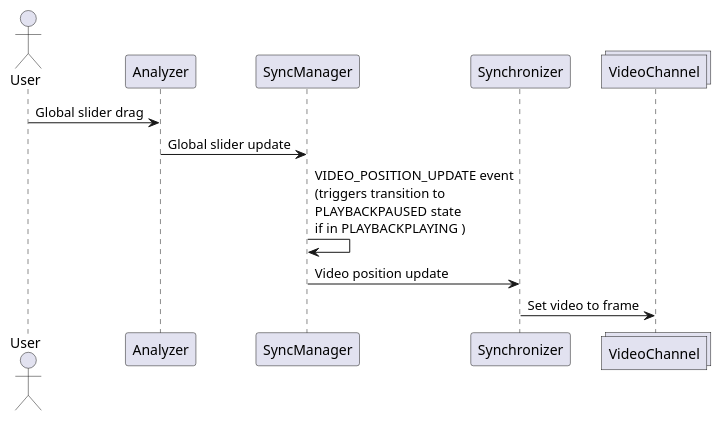
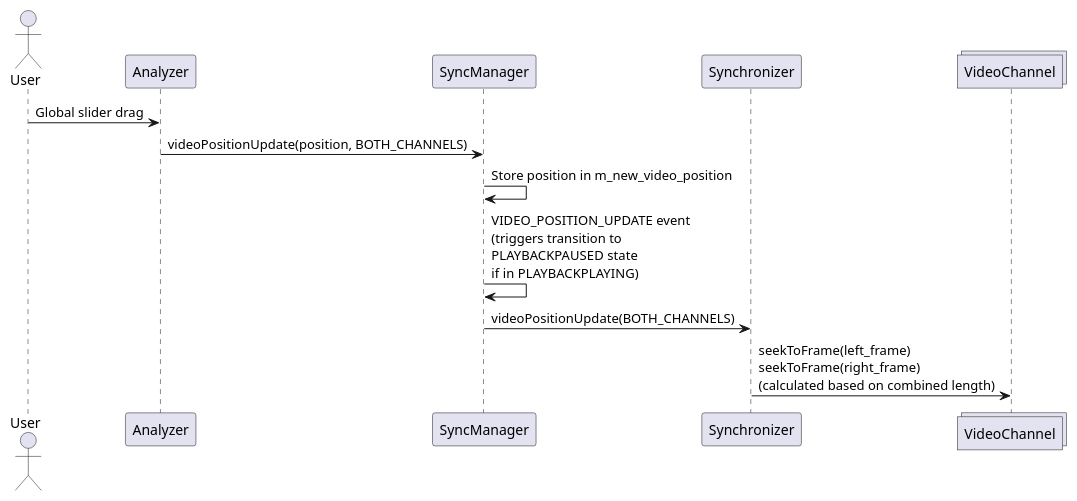
One commit to timwalsh41/SwingAnalyzer changed the third of 17 diagrams in design/Scroll bar synchronization.md. Above: the diagram before and after it, drawn with PlantUML. The commit also changed other lines of this file and 5 other files, not shown here.

Commit message:
Revised frame update markdown to reflect recent VideoChannel refactor

````diff
--- a/design/Scroll bar synchronization.md
+++ b/design/Scroll bar synchronization.md
@@ -48,17 +52,18 @@
 ```plantuml
 @startuml
 
 actor User
 participant Analyzer
 participant SyncManager
 participant Synchronizer
 collections VideoChannel
 
 User -> Analyzer : Global slider drag
-Analyzer -> SyncManager : Global slider update
-SyncManager -> SyncManager : VIDEO_POSITION_UPDATE event\n(triggers transition to\nPLAYBACKPAUSED state\nif in PLAYBACKPLAYING )
-SyncManager -> Synchronizer : Video position update
-Synchronizer -> VideoChannel : Set video to frame
+Analyzer -> SyncManager : videoPositionUpdate(position, BOTH_CHANNELS)
+SyncManager -> SyncManager : Store position in m_new_video_position
+SyncManager -> SyncManager : VIDEO_POSITION_UPDATE event\n(triggers transition to\nPLAYBACKPAUSED state\nif in PLAYBACKPLAYING)
+SyncManager -> Synchronizer : videoPositionUpdate(BOTH_CHANNELS)
+Synchronizer -> VideoChannel : seekToFrame(left_frame)\nseekToFrame(right_frame)\n(calculated based on combined length)
 
 @enduml
 ```
````
